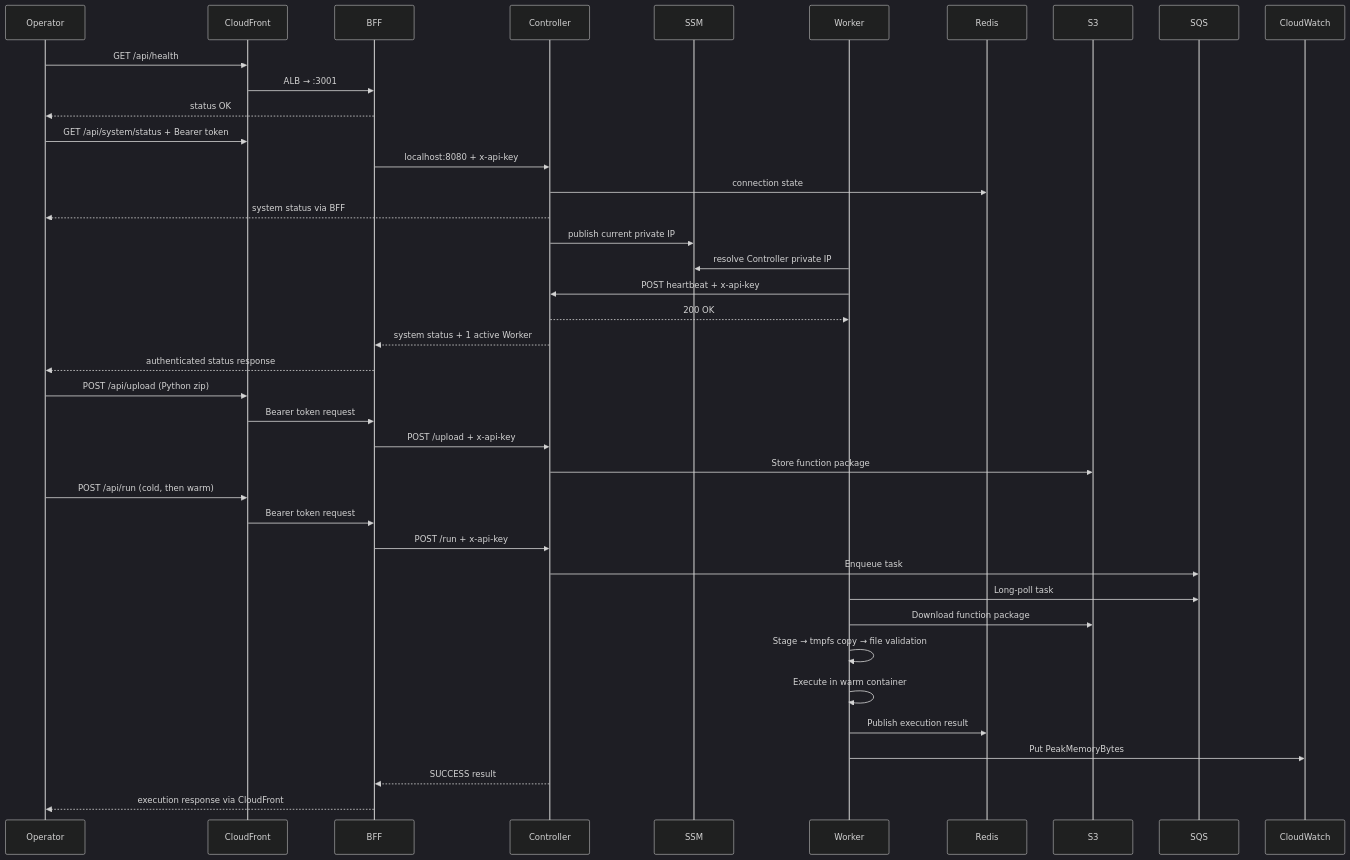
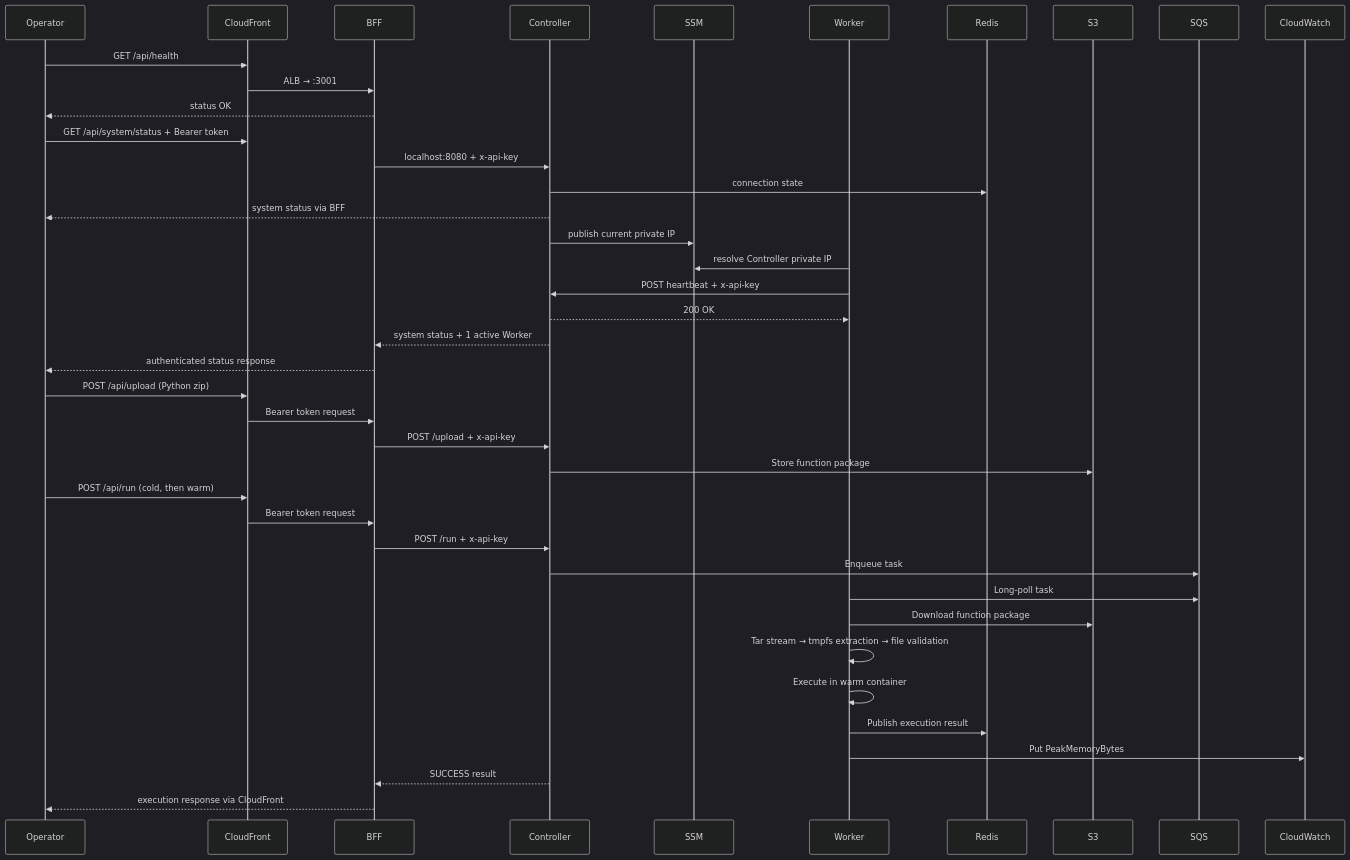
The eighth of 8 diagrams in DEPLOYMENT_IMPLEMENTATION_REPORT.md (sangmu1126/FaaS-Platform), drawn with Mermaid (dark theme) before and after one commit. The commit also changed other lines of this file and 2 other files, not shown here.

Commit message:
docs(worker): document read-only stream isolation

````diff
--- a/DEPLOYMENT_IMPLEMENTATION_REPORT.md
+++ b/DEPLOYMENT_IMPLEMENTATION_REPORT.md
@@ -429,43 +432,43 @@
 ```mermaid
 sequenceDiagram
     participant Operator
     participant CloudFront
     participant BFF
     participant Controller
     participant SSM
     participant Worker
     participant Redis
     participant S3
     participant SQS
     participant CloudWatch
 
     Operator->>CloudFront: GET /api/health
     CloudFront->>BFF: ALB → :3001
     BFF-->>Operator: status OK
     Operator->>CloudFront: GET /api/system/status + Bearer token
     BFF->>Controller: localhost:8080 + x-api-key
     Controller->>Redis: connection state
     Controller-->>Operator: system status via BFF
     Controller->>SSM: publish current private IP
     Worker->>SSM: resolve Controller private IP
     Worker->>Controller: POST heartbeat + x-api-key
     Controller-->>Worker: 200 OK
     Controller-->>BFF: system status + 1 active Worker
     BFF-->>Operator: authenticated status response
     Operator->>CloudFront: POST /api/upload (Python zip)
     CloudFront->>BFF: Bearer token request
     BFF->>Controller: POST /upload + x-api-key
     Controller->>S3: Store function package
     Operator->>CloudFront: POST /api/run (cold, then warm)
     CloudFront->>BFF: Bearer token request
     BFF->>Controller: POST /run + x-api-key
     Controller->>SQS: Enqueue task
     Worker->>SQS: Long-poll task
     Worker->>S3: Download function package
-    Worker->>Worker: Stage → tmpfs copy → file validation
+    Worker->>Worker: Tar stream → tmpfs extraction → file validation
     Worker->>Worker: Execute in warm container
     Worker->>Redis: Publish execution result
     Worker->>CloudWatch: Put PeakMemoryBytes
     Controller-->>BFF: SUCCESS result
     BFF-->>Operator: execution response via CloudFront
 ```
````
